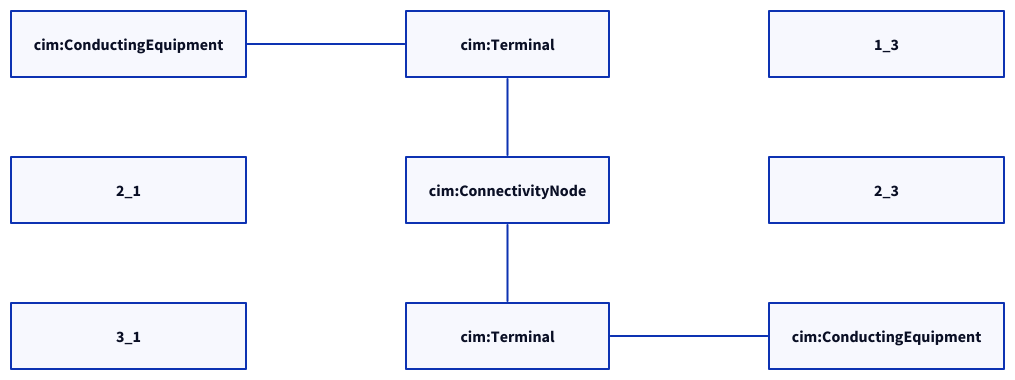
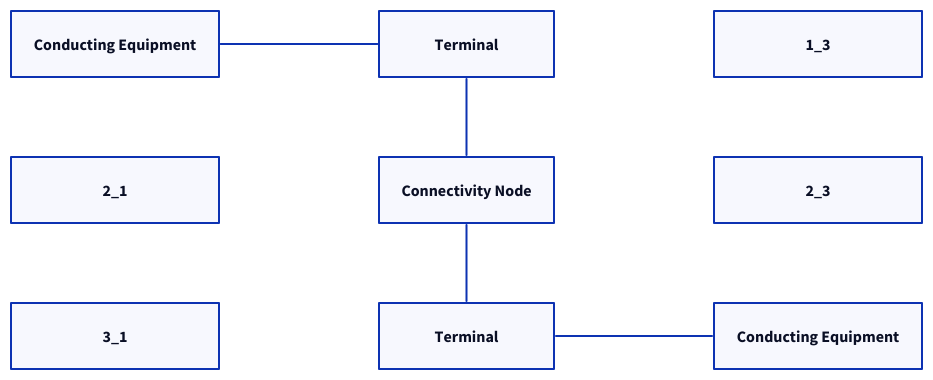
One commit to Netbeheer-Nederland/modeling-guidelines changed the diagram in src/docs/modules/ROOT/partials/connectivity/ConnectivityNode.d2. Above: the diagram before and after it, drawn with D2. The commit also changed 4 other files, not shown here.

```diff
--- a/src/docs/modules/ROOT/partials/connectivity/ConnectivityNode.d2
+++ b/src/docs/modules/ROOT/partials/connectivity/ConnectivityNode.d2
@@ -1,23 +1,23 @@
 grid-rows: 3
 grid-columns: 3
 
 vertical-gap: 80
 horizontal-gap: 160
 
-CE1: "cim:ConductingEquipment" {class: [grid]}
-T1: "cim:Terminal" {class: [grid]}
+CE1: "Conducting Equipment" {class: [grid]}
+T1: "Terminal" {class: [grid]}
 1_3 {class:[empty]}
 
 
 2_1 {class:[empty]}
-CN: "cim:ConnectivityNode" {class: [grid]}
+CN: "Connectivity Node" {class: [grid]}
 2_3 {class:[empty]}
 
 3_1 {class:[empty]}
-T2: "cim:Terminal" {class: [grid]}
-CE2: "cim:ConductingEquipment" {class: [grid]}
+T2: "Terminal" {class: [grid]}
+CE2: "Conducting Equipment" {class: [grid]}
 
 CE1 -- T1 
 T1 -- CN 
 CN -- T2 
 T2 -- CE2
```
